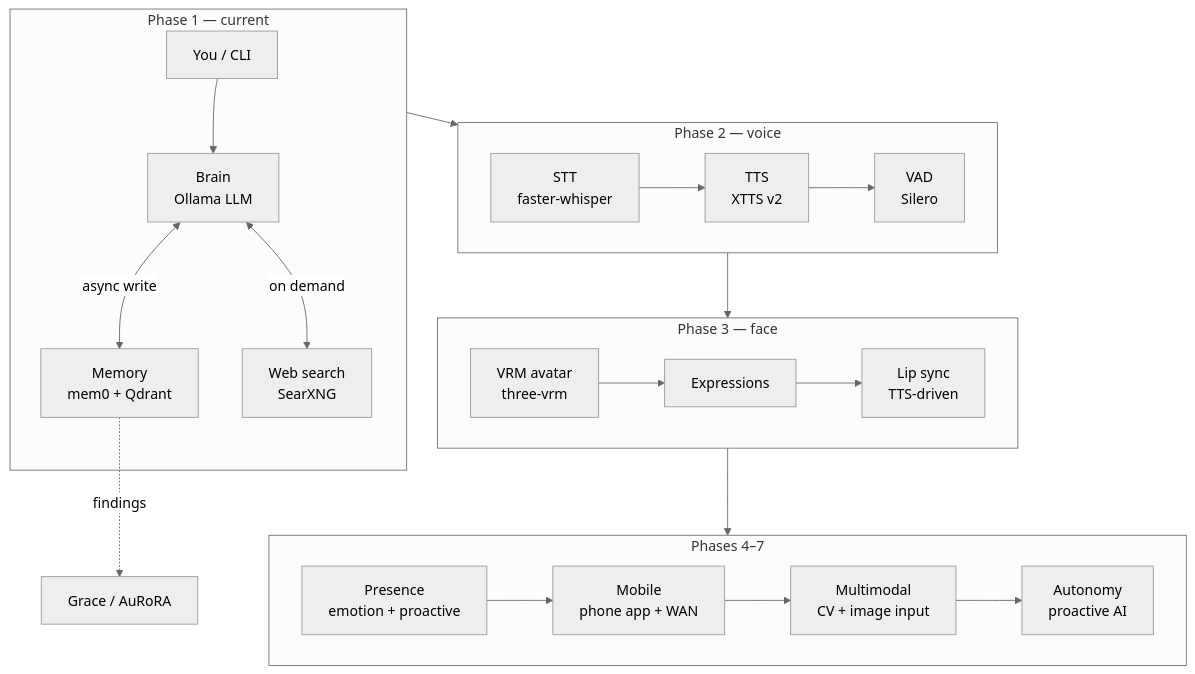
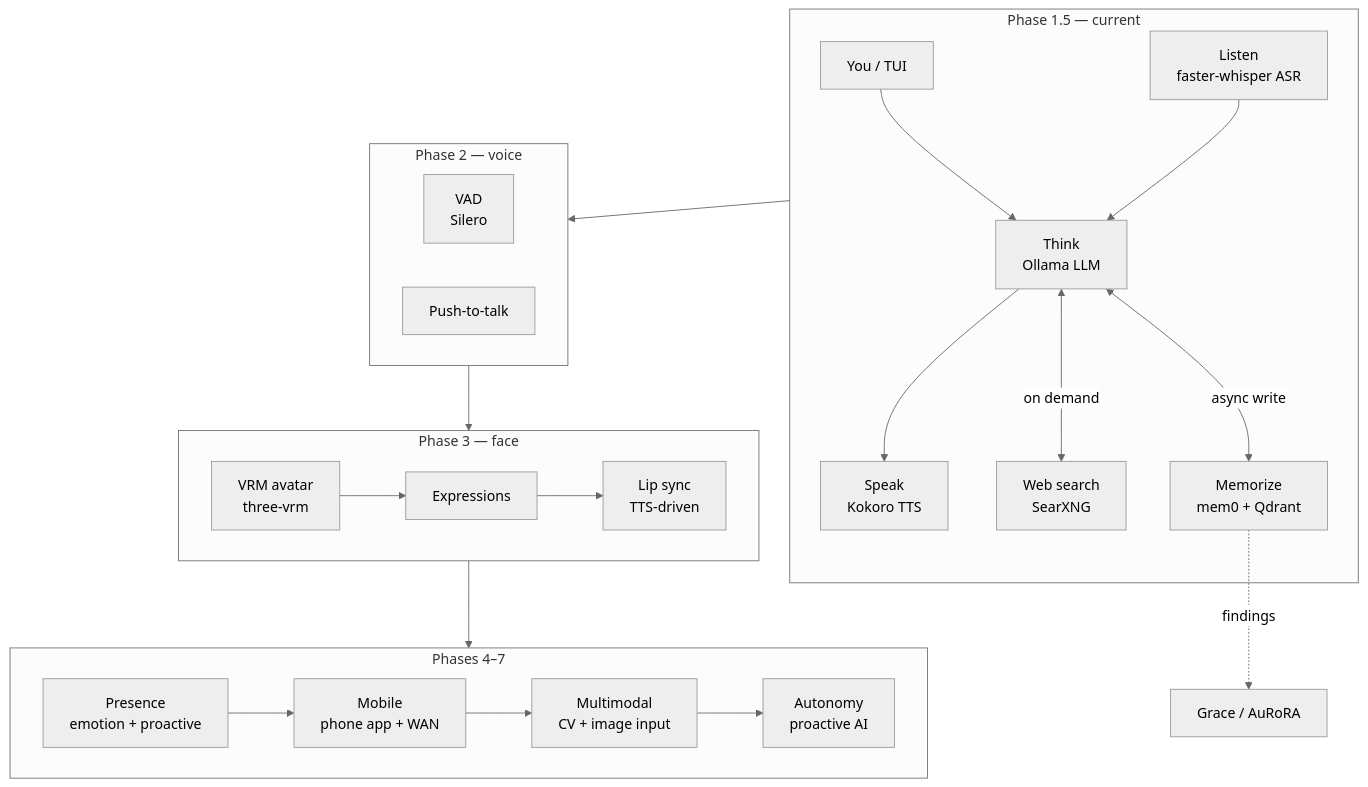
Before and after one commit to OppaAI/Aiko-chan: the diagram in README.md, drawn with Mermaid (neutral theme). The commit also changed other lines of this file, not shown here.

First line of the commit message:
Revise README for Phase 1.5 updates and architecture

````diff
--- a/README.md
+++ b/README.md
@@ -13,29 +13,31 @@
 ```mermaid
 flowchart TD
-    subgraph P1["Phase 1 — current"]
-        YOU[You / CLI] --> BRAIN[Brain\nOllama LLM]
-        BRAIN <-->|async write| MEM[Memory\nmem0 + Qdrant]
-        BRAIN <-->|on demand| SEARCH[Web search\nSearXNG]
+    subgraph P15["Phase 1.5 — current"]
+        YOU[You / TUI] --> THINK[Think\nOllama LLM]
+        THINK <-->|async write| MEM[Memorize\nmem0 + Qdrant]
+        THINK <-->|on demand| SEARCH[Web search\nSearXNG]
+        THINK --> SPEAK[Speak\nKokoro TTS]
+        LISTEN[Listen\nfaster-whisper ASR] --> THINK
     end
 
     subgraph P2["Phase 2 — voice"]
-        STT[STT\nfaster-whisper] --> TTS[TTS\nXTTS v2]
-        TTS --> VAD[VAD\nSilero]
+        VAD[VAD\nSilero]
+        PTT[Push-to-talk]
     end
 
     subgraph P3["Phase 3 — face"]
         VRM[VRM avatar\nthree-vrm] --> EXP[Expressions]
         EXP --> LIPS[Lip sync\nTTS-driven]
     end
 
     subgraph P4567["Phases 4–7"]
         PRESENCE[Presence\nemotion + proactive]
         MOBILE[Mobile\nphone app + WAN]
         MULTI[Multimodal\nCV + image input]
         AUTO[Autonomy\nproactive AI]
         PRESENCE --> MOBILE --> MULTI --> AUTO
     end
 
-    P1 --> P2 --> P3 --> P4567
+    P15 --> P2 --> P3 --> P4567
     MEM -.->|findings| GRACE[Grace / AuRoRA]
 ```
````
